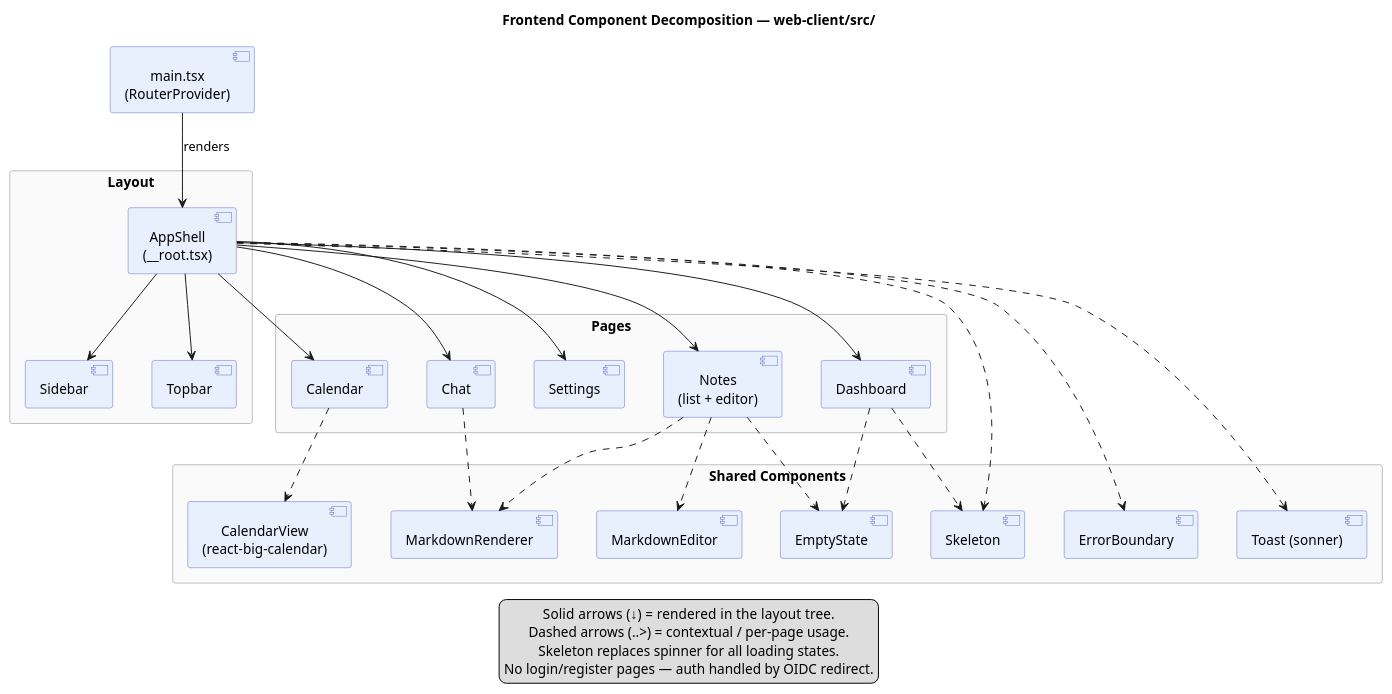
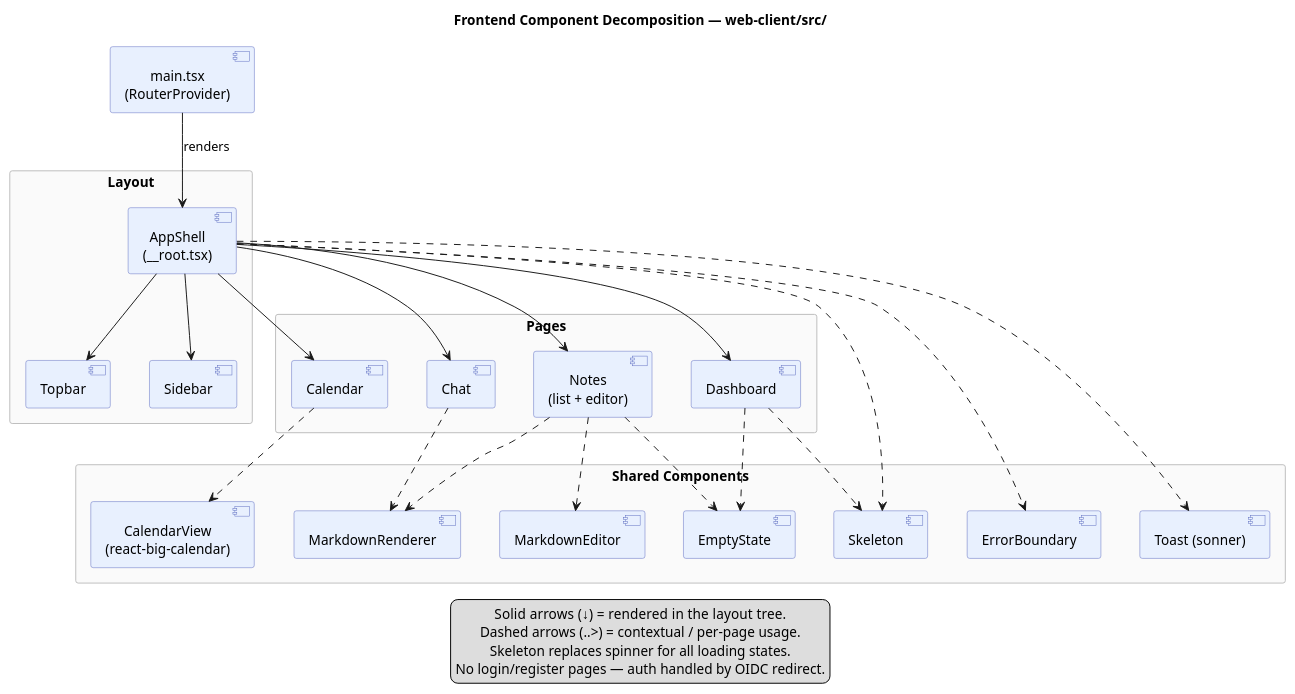
Before and after one commit to AET-DevOps26/team-devopss26: the diagram in docs/frontend/component-decomposition.puml, drawn with PlantUML. The commit also changed 59 other files, not shown here.

```diff
--- a/docs/frontend/component-decomposition.puml
+++ b/docs/frontend/component-decomposition.puml
@@ -1,74 +1,72 @@
 @startuml
 skinparam shadowing false
 skinparam nodesep 40
 skinparam ranksep 50
 skinparam defaultTextAlignment center
 
 skinparam rectangle {
   BackgroundColor #FAFAFA
   BorderColor #BDBDBD
 }
 skinparam component {
   BackgroundColor #E8F0FE
   BorderColor #5C6BC0
 }
 
 title Frontend Component Decomposition — web-client/src/
 top to bottom direction
 
 component "main.tsx\n(RouterProvider)" as ENTRY
 
 rectangle "Layout" as LAYOUT {
   component "AppShell\n(__root.tsx)" as SHELL
   component "Sidebar" as SIDEBAR
   component "Topbar" as TOPBAR
 }
 
 rectangle "Pages" as PAGES {
   component "Dashboard" as DASH
   component "Notes\n(list + editor)" as NOTES
   component "Calendar" as CAL
   component "Chat" as CHAT
-  component "Settings" as SETT
 }
 
 rectangle "Shared Components" as SHARED {
   component "ErrorBoundary" as ERR
   component "EmptyState" as EMPTY
   component "Skeleton" as SKELETON
   component "Toast (sonner)" as TOAST
   component "MarkdownEditor" as MDEDIT
   component "MarkdownRenderer" as MDRENDER
   component "CalendarView\n(react-big-calendar)" as CALVIEW
 }
 
 ENTRY -down-> SHELL : renders
 
 SHELL  -down-> SIDEBAR
 SHELL  -down-> TOPBAR
 SHELL  -down-> DASH
 SHELL  -down-> NOTES
 SHELL  -down-> CAL
 SHELL  -down-> CHAT
-SHELL  -down-> SETT
 
 DASH   ..> EMPTY
 DASH   ..> SKELETON
 NOTES  ..> EMPTY
 NOTES  ..> MDEDIT
 NOTES  ..> MDRENDER
 CAL    ..> CALVIEW
 CHAT   ..> MDRENDER
 
 SHELL  ..> ERR
 SHELL  ..> TOAST
 SHELL  ..> SKELETON
 
 legend bottom
   Solid arrows (↓) = rendered in the layout tree.
   Dashed arrows (..>) = contextual / per-page usage.
   Skeleton replaces spinner for all loading states.
   No login/register pages — auth handled by OIDC redirect.
 endlegend
 
 @enduml
```
